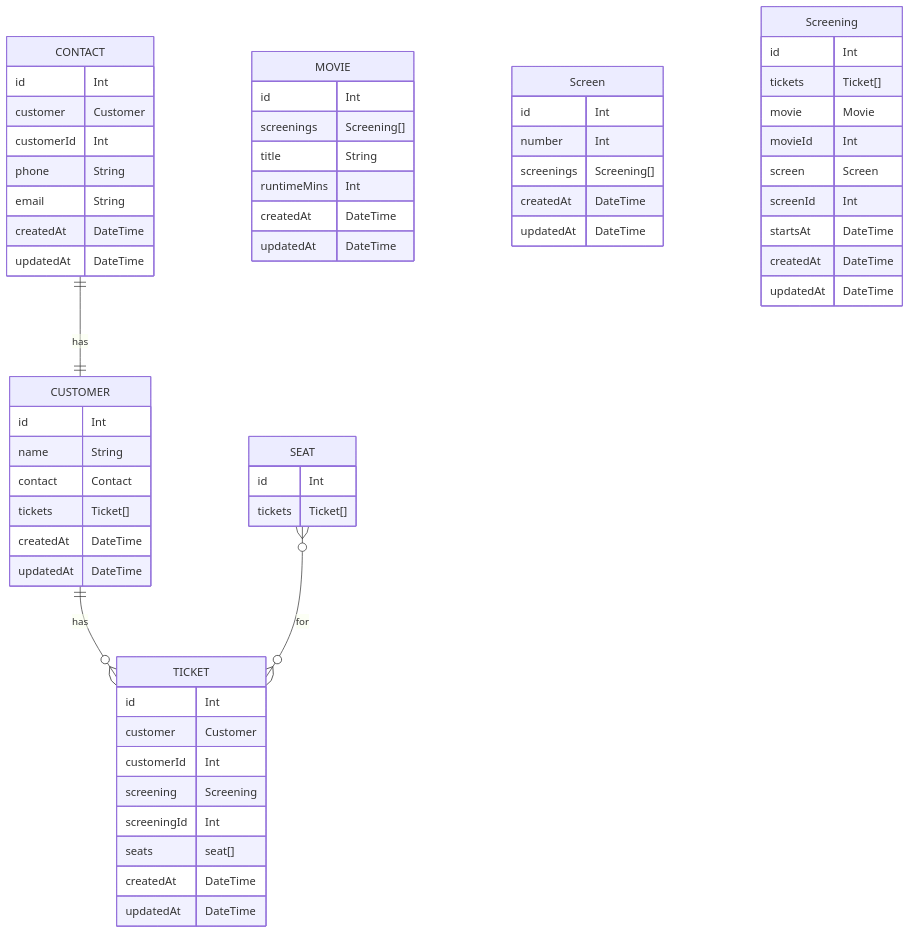
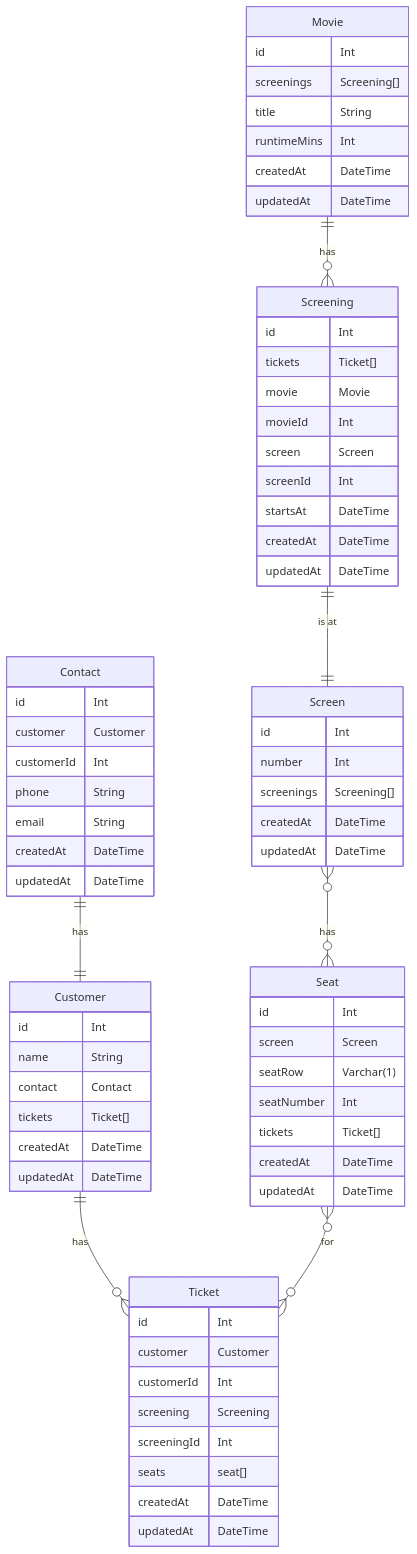
The diagram in prisma/erd.md (AllyDouillette/database-cinema-booking-api-many-to-many), drawn with Mermaid before and after one commit.

Commit message:
complete ERD

````diff
--- a/prisma/erd.md
+++ b/prisma/erd.md
@@ -4,7 +4,7 @@
 ---
 erDiagram
 
-CUSTOMER {
+Customer {
   id  Int
   name  String
   contact Contact
@@ -13,7 +13,7 @@
   updatedAt DateTime
 }
 
-CONTACT {
+Contact {
   id  Int
   customer  Customer
   customerId  Int
@@ -23,9 +23,9 @@
   updatedAt DateTime
 }
 
-CONTACT ||--|| CUSTOMER: has
+Contact ||--|| Customer: has
 
-MOVIE {
+Movie {
   id  Int
   screenings  Screening[]
   title String
@@ -42,6 +42,8 @@
   updatedAt DateTime
 }
 
+Movie ||--o{ Screening: has
+Screening ||--|| Screen: "is at"
 Screening {
   id  Int
   tickets Ticket[]
@@ -54,9 +56,9 @@
   updatedAt DateTime
 }
 
-CUSTOMER ||--o{ TICKET: has
+Customer ||--o{ Ticket: has
 
-TICKET {
+Ticket {
   id Int
   customer Customer
   customerId  Int
@@ -67,10 +69,15 @@
   updatedAt DateTime
 }
 
-SEAT }o--o{ TICKET: for
-SEAT {
+Seat }o--o{ Ticket: for
+Screen }o--o{ Seat: has
+Seat {
   id Int
+  screen  Screen
+  seatRow Varchar(1)
+  seatNumber  Int
   tickets Ticket[]
+  createdAt DateTime
+  updatedAt DateTime
 }
-
 ```
````
